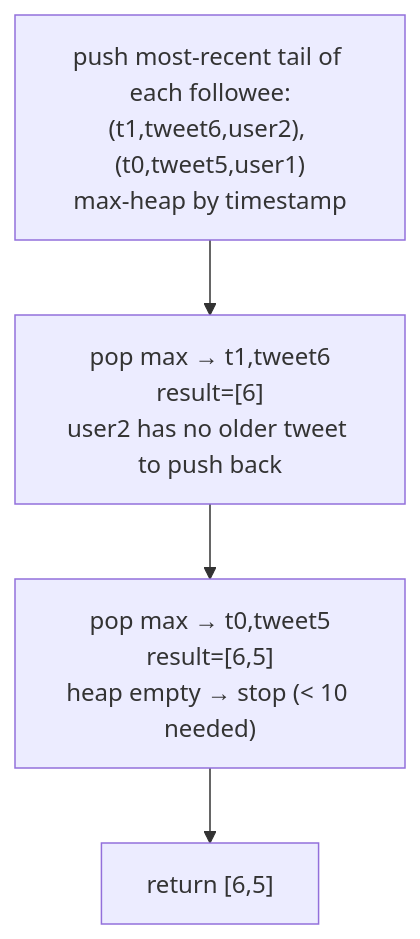
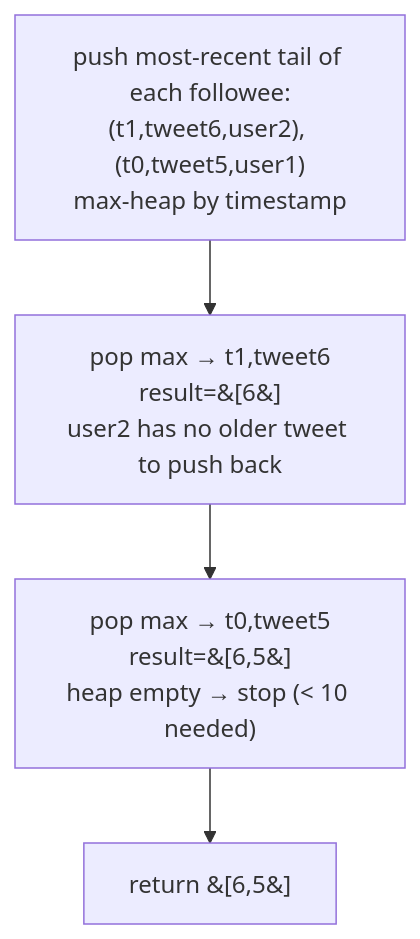
Before and after one commit to Aryan-Jadon18/dsa-placement-prep: the diagram in topics/09-heap-priority-queue/06-design-twitter/README.md, drawn with Mermaid. The commit also changed 52 other files, not shown here.

First line of the commit message:
Fix Mermaid diagrams not rendering on GitHub

````diff
--- a/topics/09-heap-priority-queue/06-design-twitter/README.md
+++ b/topics/09-heap-priority-queue/06-design-twitter/README.md
@@ -95,8 +95,8 @@
 ```mermaid
 flowchart TD
     A["push most-recent tail of each followee:<br/>(t1,tweet6,user2), (t0,tweet5,user1)<br/>max-heap by timestamp"]
-    B["pop max → t1,tweet6<br/>result=[6]<br/>user2 has no older tweet to push back"]
-    C["pop max → t0,tweet5<br/>result=[6,5]<br/>heap empty → stop (< 10 needed)"]
-    D["return [6,5]"]
+    B["pop max → t1,tweet6<br/>result=&#91;6&#93;<br/>user2 has no older tweet to push back"]
+    C["pop max → t0,tweet5<br/>result=&#91;6,5&#93;<br/>heap empty → stop (< 10 needed)"]
+    D["return &#91;6,5&#93;"]
     A --> B --> C --> D
 ```
````
